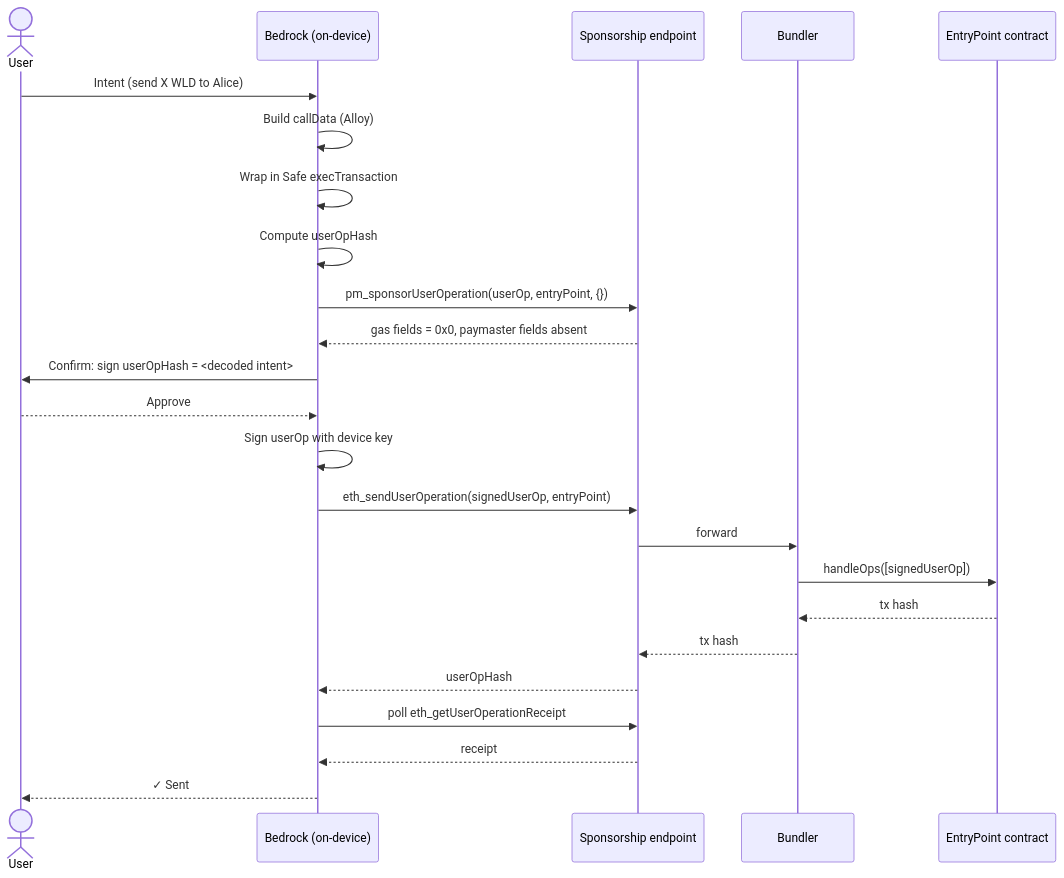
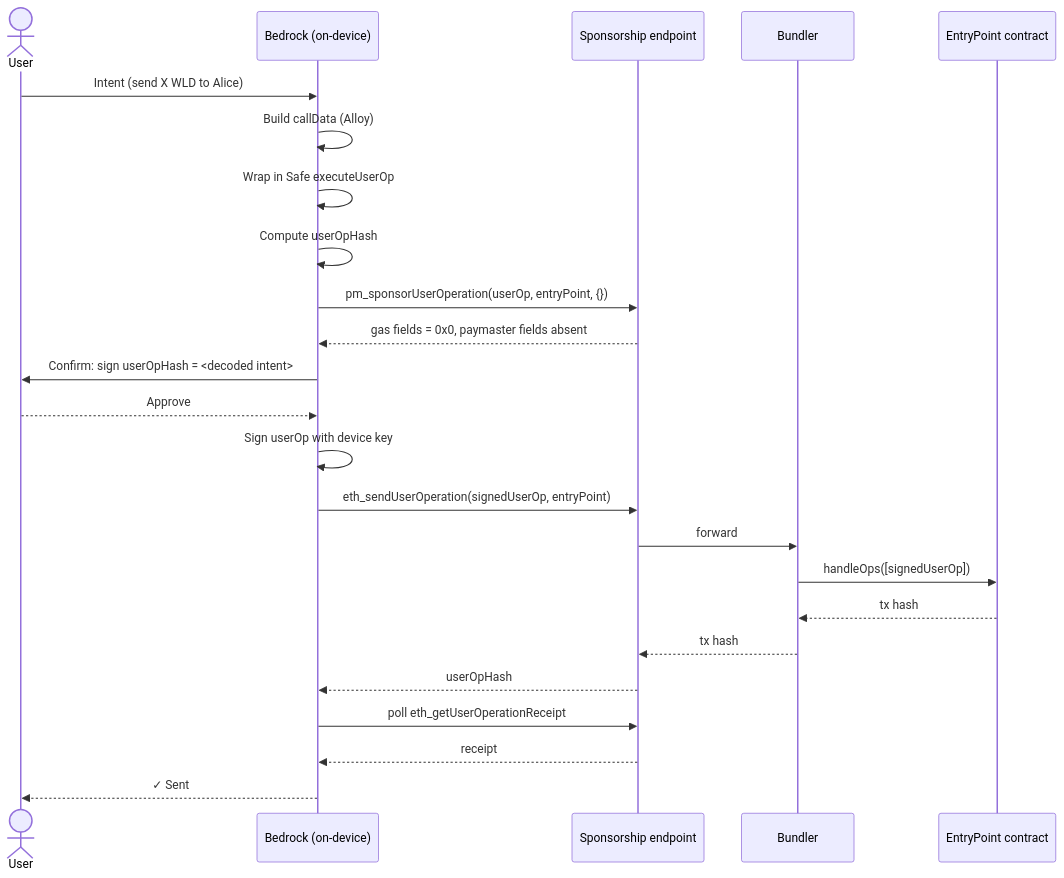
One commit to worldcoin/bedrock changed the first of 2 diagrams in docs/architecture/transactions/prepare_sign_tx.md. Above: the diagram before and after it, drawn with Mermaid. The commit also changed other lines of this file, not shown here.

First line of the commit message:
Fix wording: Safe wrap is executeUserOp, not execTransaction

````diff
--- a/docs/architecture/transactions/prepare_sign_tx.md
+++ b/docs/architecture/transactions/prepare_sign_tx.md
@@ -81,31 +83,31 @@
 ```mermaid
 sequenceDiagram
     actor User
     participant Bedrock as Bedrock (on-device)
     participant Endpoint as Sponsorship endpoint
     participant Bundler
     participant EP as EntryPoint contract
 
     User->>Bedrock: Intent (send X WLD to Alice)
     Bedrock->>Bedrock: Build callData (Alloy)
-    Bedrock->>Bedrock: Wrap in Safe execTransaction
+    Bedrock->>Bedrock: Wrap in Safe executeUserOp
     Bedrock->>Bedrock: Compute userOpHash
 
     Bedrock->>Endpoint: pm_sponsorUserOperation(userOp, entryPoint, {})
     Endpoint-->>Bedrock: gas fields = 0x0, paymaster fields absent
 
     Bedrock->>User: Confirm: sign userOpHash = <decoded intent>
     User-->>Bedrock: Approve
     Bedrock->>Bedrock: Sign userOp with device key
 
     Bedrock->>Endpoint: eth_sendUserOperation(signedUserOp, entryPoint)
     Endpoint->>Bundler: forward
     Bundler->>EP: handleOps([signedUserOp])
     EP-->>Bundler: tx hash
     Bundler-->>Endpoint: tx hash
     Endpoint-->>Bedrock: userOpHash
 
     Bedrock->>Endpoint: poll eth_getUserOperationReceipt
     Endpoint-->>Bedrock: receipt
     Bedrock-->>User: ✓ Sent
 ```
````
